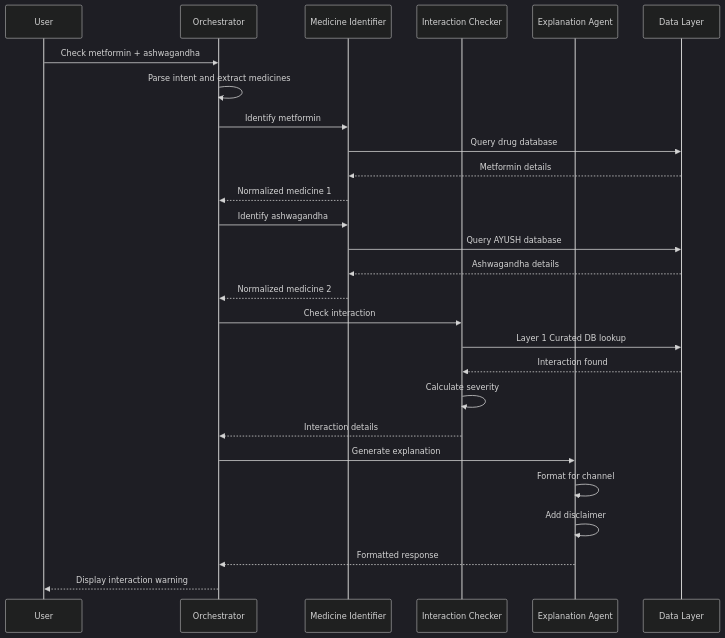
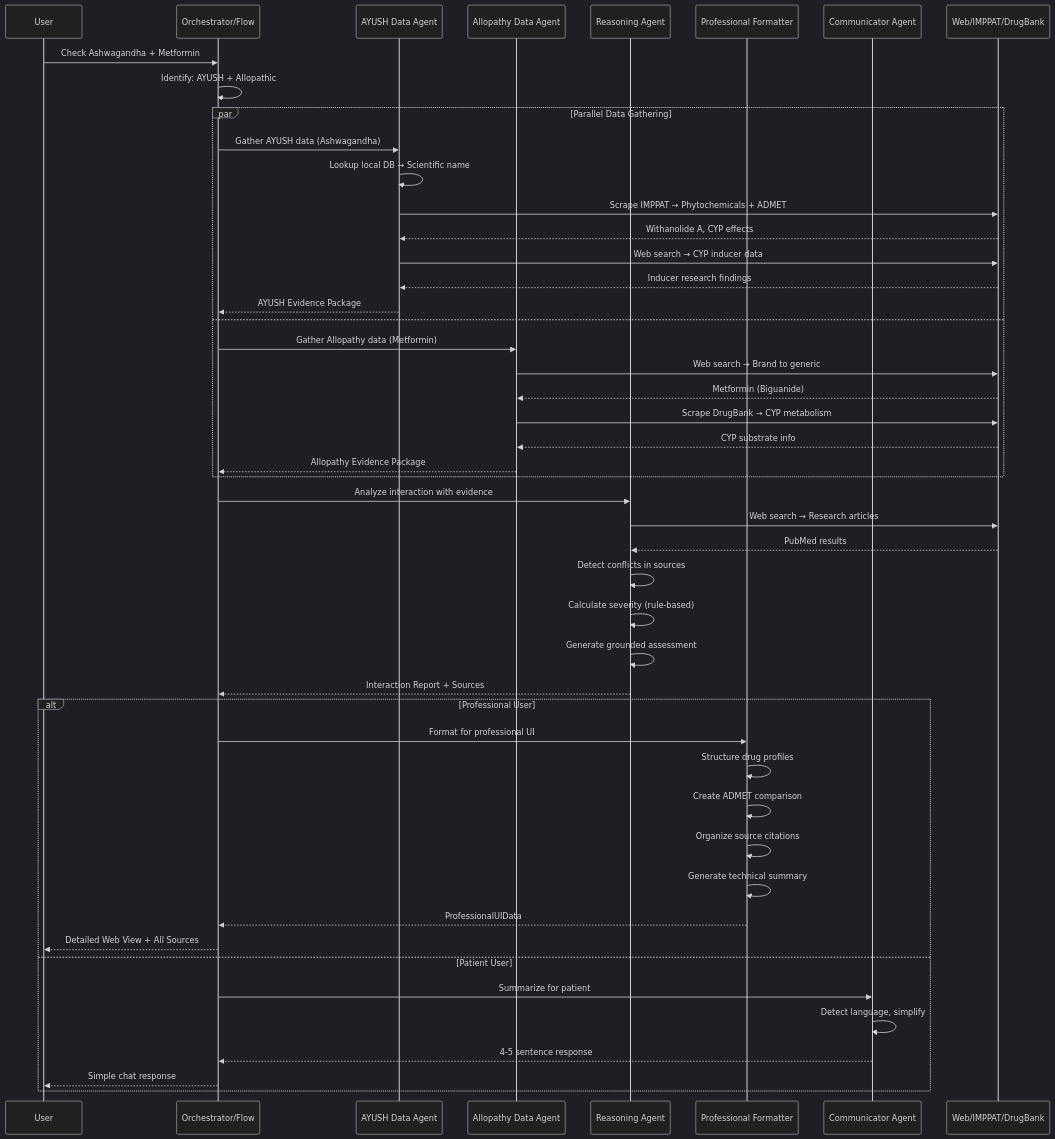
One commit to Ankan54/AushadhiMitra-ayush-allopathy-interaction-checker changed the third of 6 diagrams in .kiro/specs/ayush-allopathy-checker/design.md. Above: the diagram before and after it, drawn with Mermaid (dark theme). The commit also changed other lines of this file and 1 other file, not shown here.

````diff
--- a/.kiro/specs/ayush-allopathy-checker/design.md
+++ b/.kiro/specs/ayush-allopathy-checker/design.md
@@ -123,35 +165,54 @@
 ```mermaid
 sequenceDiagram
     participant U as User
-    participant O as Orchestrator
-    participant M as Medicine Identifier
-    participant I as Interaction Checker
-    participant E as Explanation Agent
-    participant D as Data Layer
+    participant O as Orchestrator/Flow
+    participant A as AYUSH Data Agent
+    participant D as Allopathy Data Agent
+    participant R as Reasoning Agent
+    participant P as Professional Formatter
+    participant C as Communicator Agent
+    participant W as Web/IMPPAT/DrugBank
     
-    U->>O: Check metformin + ashwagandha
-    O->>O: Parse intent and extract medicines
+    U->>O: Check Ashwagandha + Metformin
+    O->>O: Identify: AYUSH + Allopathic
     
-    O->>M: Identify metformin
-    M->>D: Query drug database
-    D-->>M: Metformin details
-    M-->>O: Normalized medicine 1
+    par Parallel Data Gathering
+        O->>A: Gather AYUSH data (Ashwagandha)
+        A->>A: Lookup local DB → Scientific name
+        A->>W: Scrape IMPPAT → Phytochemicals + ADMET
+        W-->>A: Withanolide A, CYP effects
+        A->>W: Web search → CYP inducer data
+        W-->>A: Inducer research findings
+        A-->>O: AYUSH Evidence Package
+    and
+        O->>D: Gather Allopathy data (Metformin)
+        D->>W: Web search → Brand to generic
+        W-->>D: Metformin (Biguanide)
+        D->>W: Scrape DrugBank → CYP metabolism
+        W-->>D: CYP substrate info
+        D-->>O: Allopathy Evidence Package
+    end
     
-    O->>M: Identify ashwagandha
-    M->>D: Query AYUSH database
-    D-->>M: Ashwagandha details
-    M-->>O: Normalized medicine 2
+    O->>R: Analyze interaction with evidence
+    R->>W: Web search → Research articles
+    W-->>R: PubMed results
+    R->>R: Detect conflicts in sources
+    R->>R: Calculate severity (rule-based)
+    R->>R: Generate grounded assessment
+    R-->>O: Interaction Report + Sources
     
-    O->>I: Check interaction
-    I->>D: Layer 1 Curated DB lookup
-    D-->>I: Interaction found
-    I->>I: Calculate severity
-    I-->>O: Interaction details
-    
-    O->>E: Generate explanation
-    E->>E: Format for channel
-    E->>E: Add disclaimer
-    E-->>O: Formatted response
-    
-    O-->>U: Display interaction warning
+    alt Professional User
+        O->>P: Format for professional UI
+        P->>P: Structure drug profiles
+        P->>P: Create ADMET comparison
+        P->>P: Organize source citations
+        P->>P: Generate technical summary
+        P-->>O: ProfessionalUIData
+        O-->>U: Detailed Web View + All Sources
+    else Patient User
+        O->>C: Summarize for patient
+        C->>C: Detect language, simplify
+        C-->>O: 4-5 sentence response
+        O-->>U: Simple chat response
+    end
 ```
````
